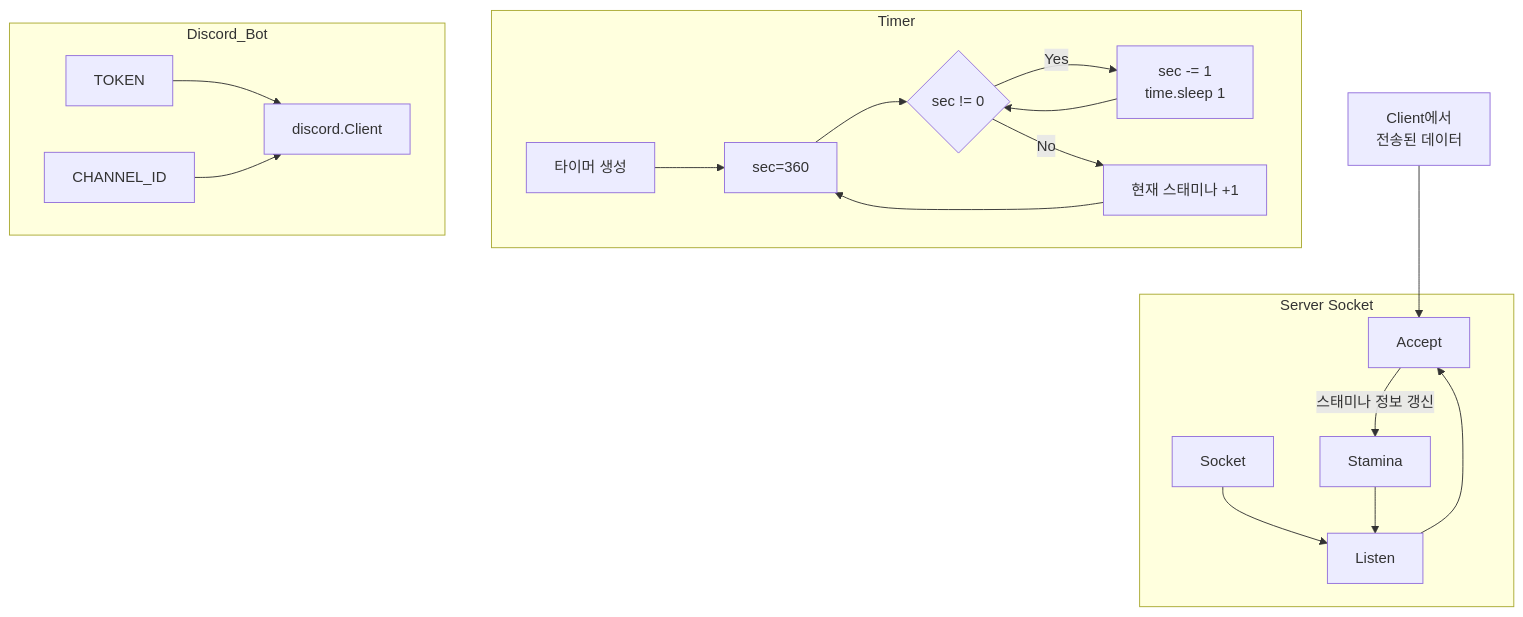
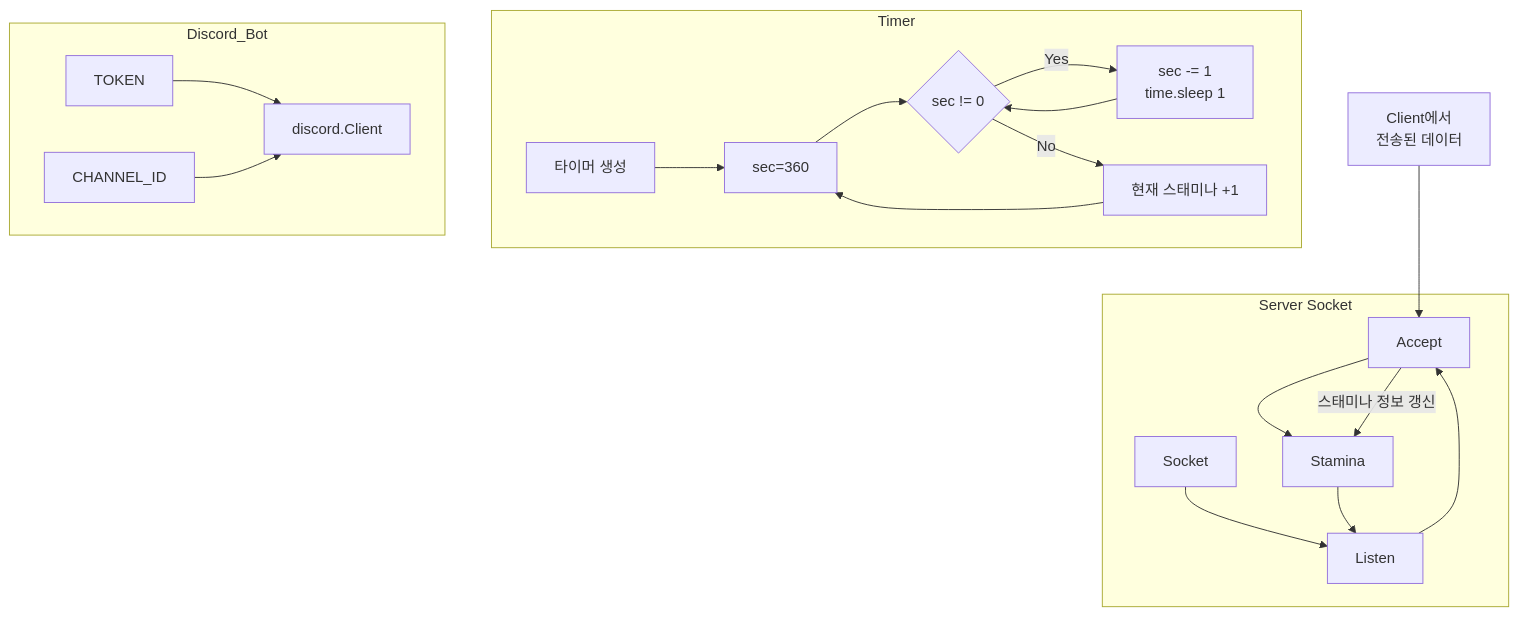
The third of 3 diagrams in README.md (201710808/Game-Stamina-Alarm), drawn with Mermaid before and after one commit.

````diff
--- a/README.md
+++ b/README.md
@@ -55,26 +55,26 @@
 ```mermaid
 graph TB;
     data[Client에서\n전송된 데이터]-->Accept;
-    Stamina;
+    Accept-->Stamina;
 
     subgraph Server Socket;
     Socket-->Listen;
     Listen-->Accept;
     Accept-->|스태미나 정보 갱신|Stamina;
     Stamina-->Listen;
     end;
 
     subgraph Timer;
     timer_start[타이머 생성]-->sec;
     sec[sec=360]-->condition{sec != 0};
     condition-->|"Yes"|process_time[sec -= 1\ntime.sleep 1];
     process_time-->condition;
     condition-->|"No"|sync_stamina[현재 스태미나 +1];
     sync_stamina-->sec;
     end;
 
     subgraph Discord_Bot;
     TOKEN-->Client[discord.Client];
     CHANNEL_ID-->Client;
     end;
 ```
````
